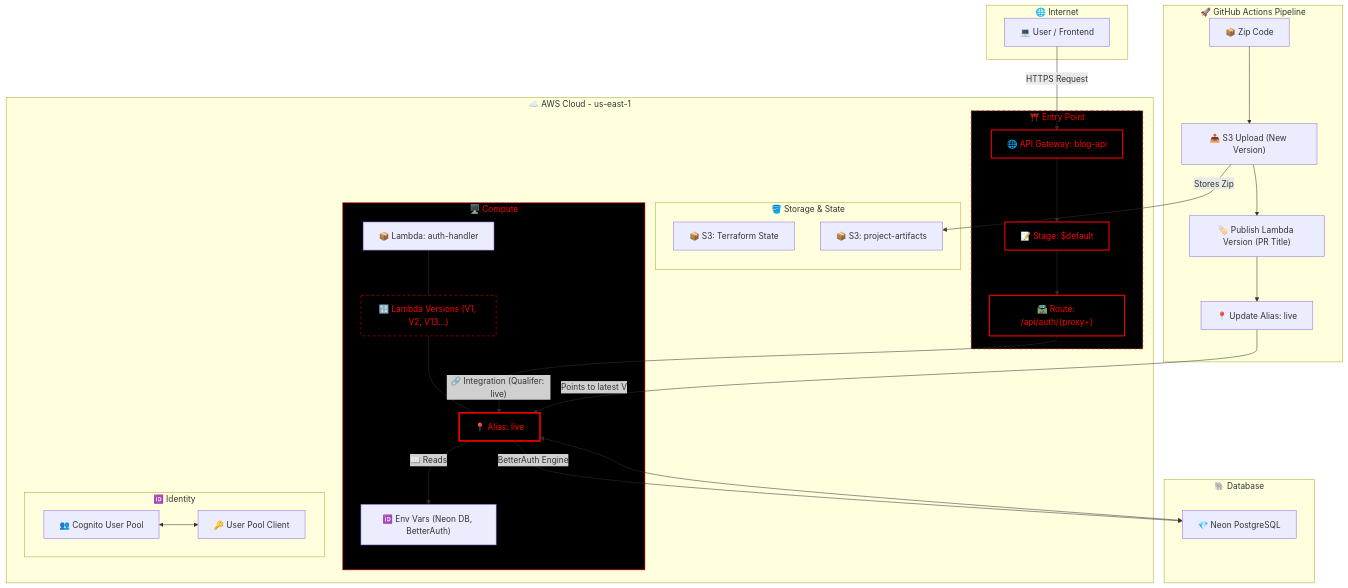
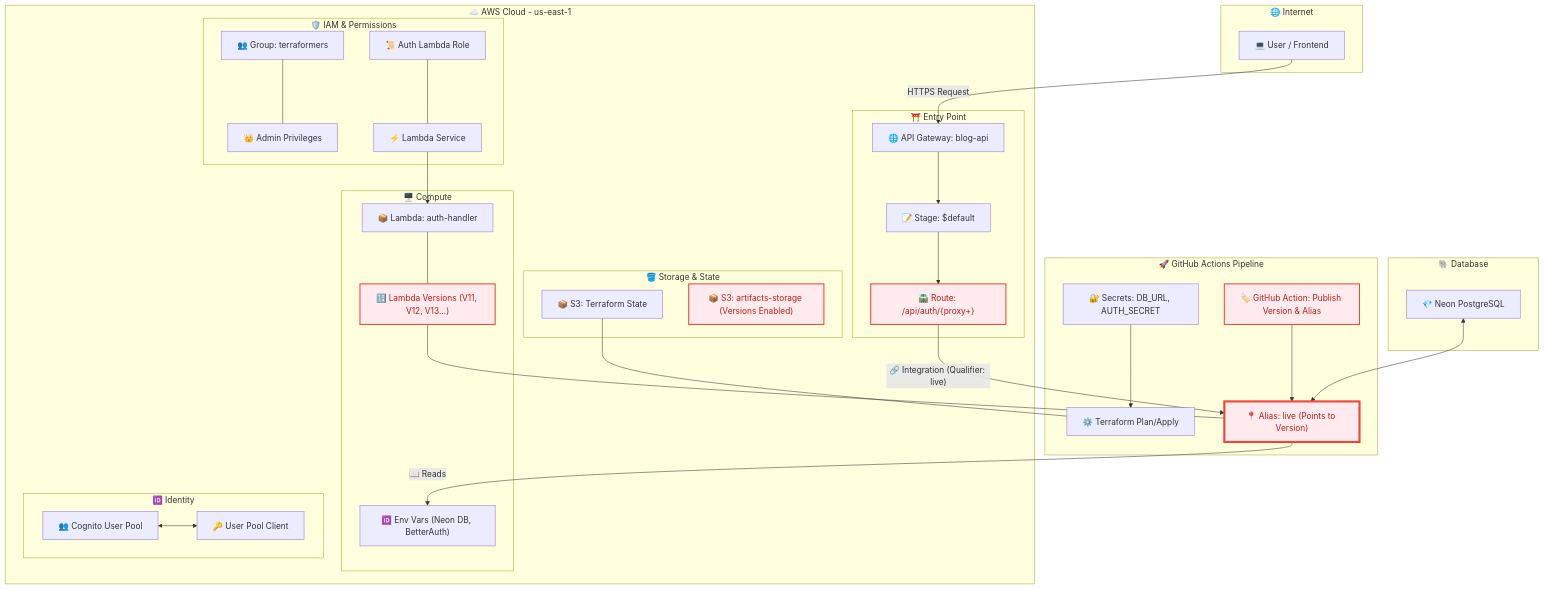
Before and after one commit to capistran-lab/blog-iac: the diagram in README.md, drawn with Mermaid.

Commit message:
readme file

````diff
--- a/README.md
+++ b/README.md
@@ -34,64 +34,62 @@
 ```mermaid
 graph TD
     subgraph External_User [🌐 Internet]
         User["💻 User / Frontend"]
     end
 
     subgraph GitHub_Actions [🚀 GitHub Actions Pipeline]
-        GA_ZIP["📦 Zip Code"] --> GA_S3["📤 S3 Upload (New Version)"]
-        GA_S3 --> GA_PUB["🏷️ Publish Lambda Version (PR Title)"]
-        GA_PUB --> GA_ALIAS["📍 Update Alias: live"]
+        A["🔐 Secrets: DB_URL, AUTH_SECRET"] --> B["⚙️ Terraform Plan/Apply"]
+        GA_NEW["🏷️ GitHub Action: Publish Version & Alias"] --> L_ALIAS
     end
 
     subgraph AWS_Cloud [☁️ AWS Cloud - us-east-1]
 
         subgraph Gateway_Layer [⛩️ Entry Point]
             GW["🌐 API Gateway: blog-api"]
             ST["📝 Stage: $default"]
-            RT["🛣️ Route: /api/auth/{proxy+}"]
+            RT_NEW["🛣️ Route: /api/auth/{proxy+}"]
 
             GW --> ST
-            ST --> RT
+            ST --> RT_NEW
         end
 
         subgraph Storage_Layer [🪣 Storage & State]
-            S1["📦 S3: Terraform State"]
-            S3_ART["📦 S3: project-artifacts"]
+            S1["📦 S3: Terraform State"] --- B
+            S2_NEW["📦 S3: artifacts-storage (Versions Enabled)"]
+        end
+
+        subgraph IAM_Control [🛡️ IAM & Permissions]
+            C["👥 Group: terraformers"] --- D["👑 Admin Privileges"]
+            E["📜 Auth Lambda Role"] --- F["⚡ Lambda Service"]
         end
 
         subgraph Compute_Layer [🖥️ Compute]
-            L_FUNC["📦 Lambda: auth-handler"]
-            L_VER["🔢 Lambda Versions (V1, V2, V13...)"]
-            L_ALIAS["📍 Alias: live"]
+            F --> G["📦 Lambda: auth-handler"]
+            L_VER["🔢 Lambda Versions (V11, V12, V13...)"]
+            L_ALIAS["📍 Alias: live (Points to Version)"]
 
-            L_FUNC --- L_VER
+            G --- L_VER
             L_VER --- L_ALIAS
             L_ALIAS -- "📖 Reads" --> H["🆔 Env Vars (Neon DB, BetterAuth)"]
         end
 
         subgraph Auth_Identity [🆔 Identity]
             I["👥 Cognito User Pool"] <--> J["🔑 User Pool Client"]
         end
 
-        RT -- "🔗 Integration (Qualifer: live)" --> L_ALIAS
+        RT_NEW -- "🔗 Integration (Qualifier: live)" --> L_ALIAS
     end
 
     subgraph External [🐘 Database]
         K["💎 Neon PostgreSQL"] <--> L_ALIAS
     end
 
-    %% Relaciones de flujo
     User -- "HTTPS Request" --> GW
-    GA_S3 -- "Stores Zip" --> S3_ART
-    GA_ALIAS -- "Points to latest V" --> L_ALIAS
-    L_ALIAS -- "BetterAuth Engine" --> K
 
-    %% Estilo DARK con bordes y letras rojas
-    style GW fill:#000,stroke:#ff0000,stroke-width:2px,color:#ff0000
-    style ST fill:#000,stroke:#ff0000,stroke-width:2px,color:#ff0000
-    style RT fill:#000,stroke:#ff0000,stroke-width:2px,color:#ff0000
-    style L_ALIAS fill:#000,stroke:#ff0000,stroke-width:3px,color:#ff0000
-    style L_VER fill:#000,stroke:#ff0000,stroke-width:1px,color:#ff0000,stroke-dasharray: 5 5
-    style Gateway_Layer fill:#000,stroke:#ff0000,stroke-width:1px,stroke-dasharray: 5 5,color:#ff0000
-    style Compute_Layer fill:#000,stroke:#ff0000,stroke-width:1px,color:#ff0000
+    %% Aplicando ROJO a las novedades de hoy
+    style GA_NEW fill:#ffebee,stroke:#f44336,stroke-width:2px,color:#b71c1c
+    style RT_NEW fill:#ffebee,stroke:#f44336,stroke-width:2px,color:#b71c1c
+    style S2_NEW fill:#ffebee,stroke:#f44336,stroke-width:2px,color:#b71c1c
+    style L_VER fill:#ffebee,stroke:#f44336,stroke-width:2px,color:#b71c1c
+    style L_ALIAS fill:#ffebee,stroke:#f44336,stroke-width:4px,color:#b71c1c
 ```
````
